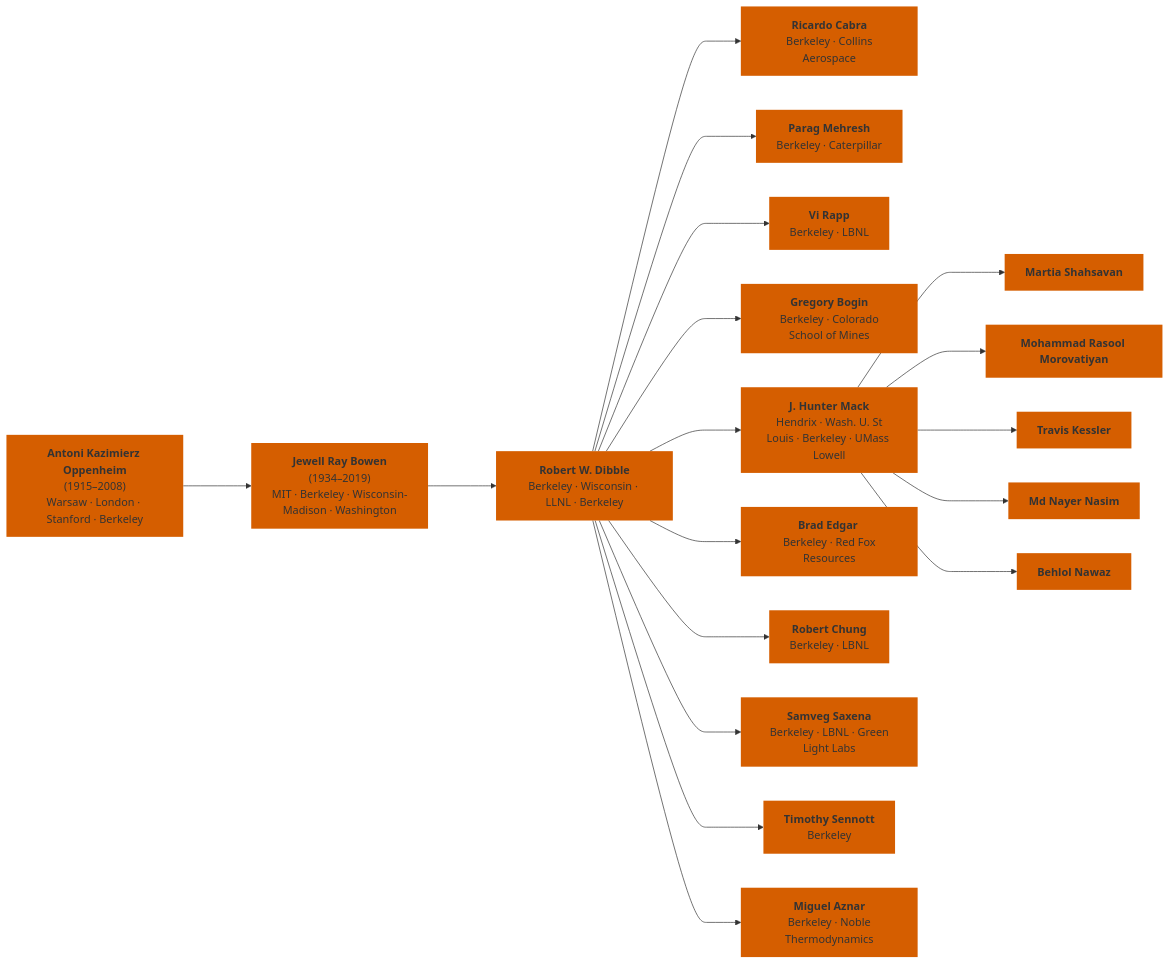
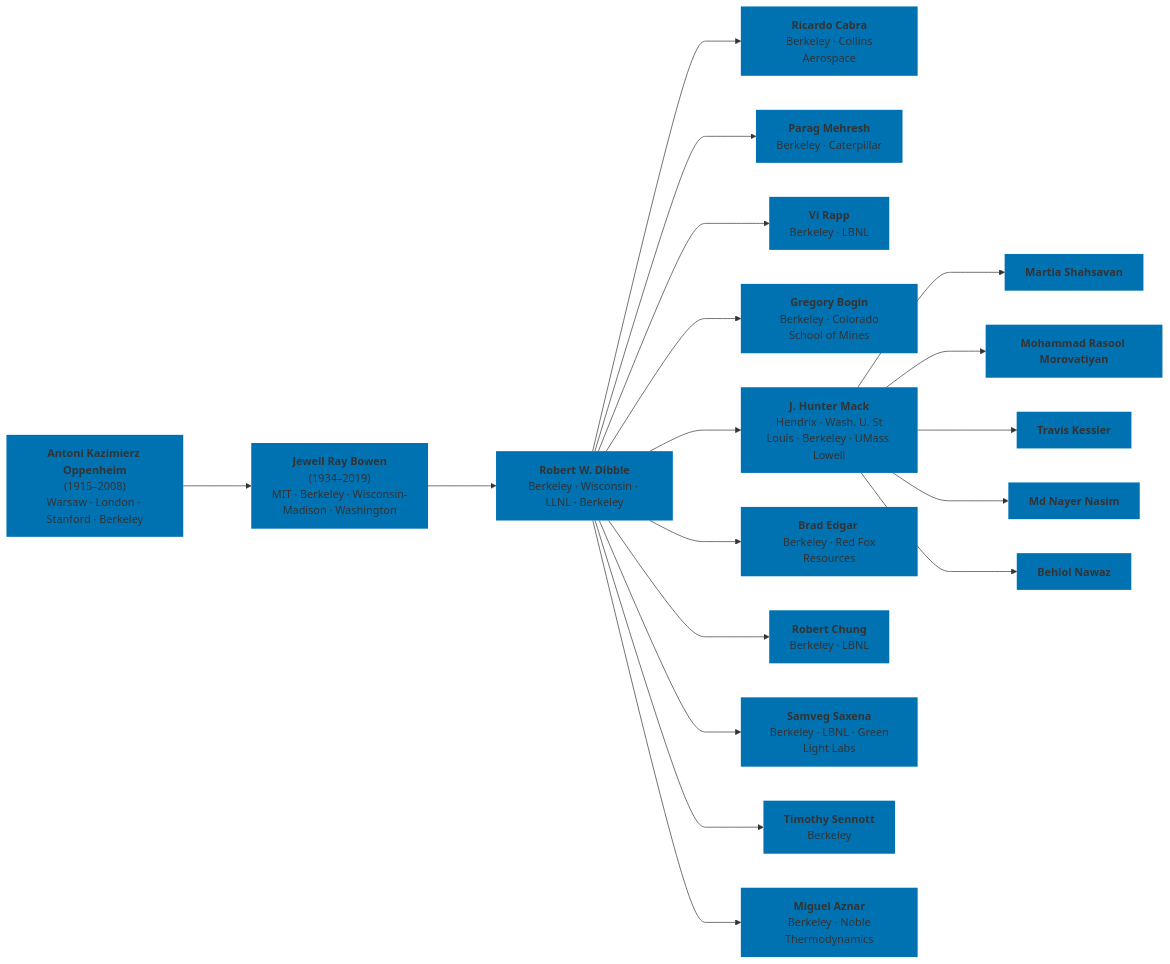
One commit to bnawaz95/ECRL-acad-tree changed the diagram in acad_tree.md. Above: the diagram before and after it, drawn with Mermaid.

````diff
--- a/acad_tree.md
+++ b/acad_tree.md
@@ -1,48 +1,48 @@
 ```mermaid
 graph LR
     A["<b>Antoni Kazimierz Oppenheim</b><br/>(1915–2008)<br/>Warsaw · London · Stanford · Berkeley"]
 
     B["<b>Jewell Ray Bowen</b><br/>(1934–2019)<br/>MIT · Berkeley · Wisconsin-Madison · Washington"]
 
     C["<b>Robert W. Dibble</b><br/>Berkeley · Wisconsin · LLNL · Berkeley"]
 
     D1["<b>Ricardo Cabra</b><br/> Berkeley · Collins Aerospace"]
     D2["<b>Parag Mehresh</b><br/> Berkeley · Caterpillar"]
     D3["<b>Vi Rapp</b><br/> Berkeley · LBNL"]
     D4["<b>Gregory Bogin</b><br/> Berkeley · Colorado School of Mines"]
     D0["<b>J. Hunter Mack</b><br/> Hendrix · Wash. U. St Louis · Berkeley · UMass Lowell"]
     D5["<b>Brad Edgar </b><br/> Berkeley · Red Fox Resources"]
     D6["<b>Robert Chung</b><br/> Berkeley · LBNL"]
     D7["<b>Samveg Saxena</b><br/> Berkeley · LBNL · Green Light Labs"]
     D8["<b>Timothy Sennott</b><br/> Berkeley"]
     D9["<b>Miguel Aznar</b><br/> Berkeley · Noble Thermodynamics"]
 
     E["<b>Martia Shahsavan</b>"]
     F["<b>Mohammad Rasool Morovatiyan</b>"]
     G["<b>Travis Kessler</b>"]
     H["<b>Md Nayer Nasim</b>"]
     I["<b>Behlol Nawaz</b>"]
 
     A ---> B
     B ---> C
 
     C ---> D0
     C ---> D1
     C ---> D2
     C ---> D3
     C ---> D4
     C ---> D5
     C ---> D6
     C ---> D7
     C ---> D8
     C ---> D9
 
     D0 ---> E
     D0 ---> F
     D0 ---> G
     D0 ---> H
     D0 ---> I
 
-classDef noBorder stroke:none,stroke-width:0px,fill:#D55E00;
+classDef noBorder stroke:none,stroke-width:0px,fill:#0072B2;
 class A,B,C,D0,D1,D2,D3,D4,D5,D6,D6,D7,D8,D9,E,F,G,H,I, noBorder
 ```
````
